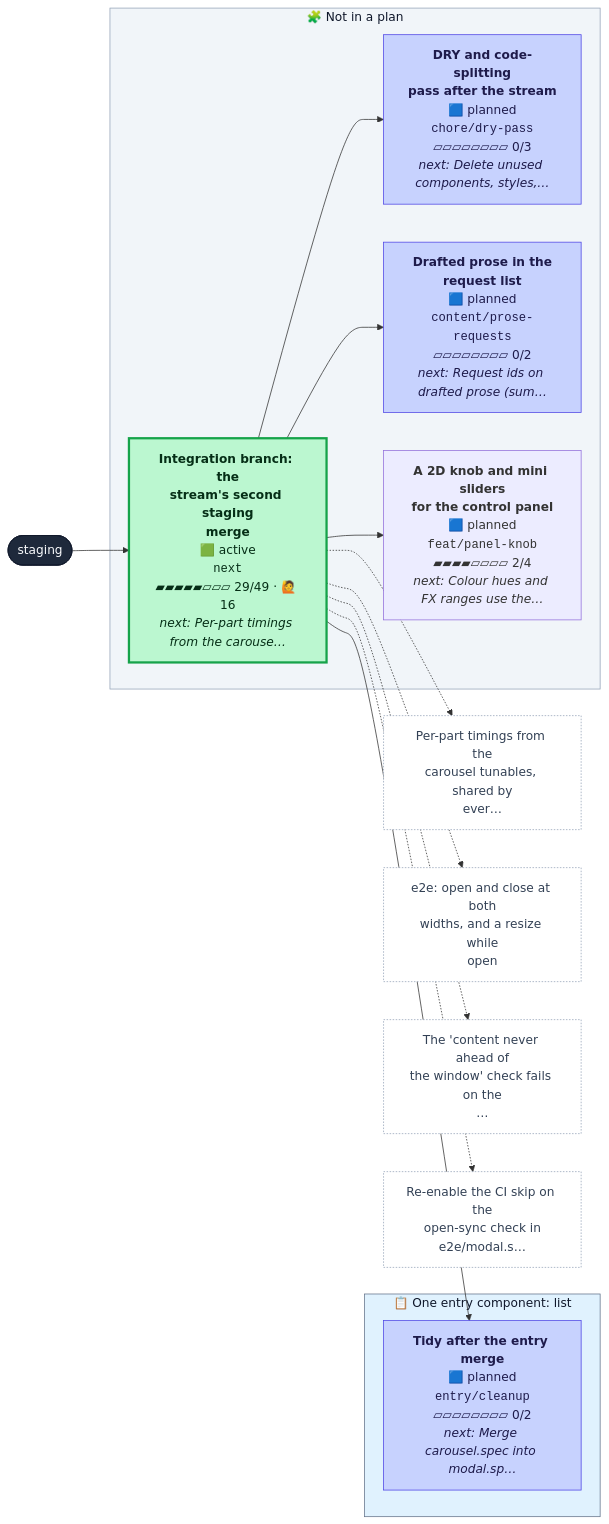
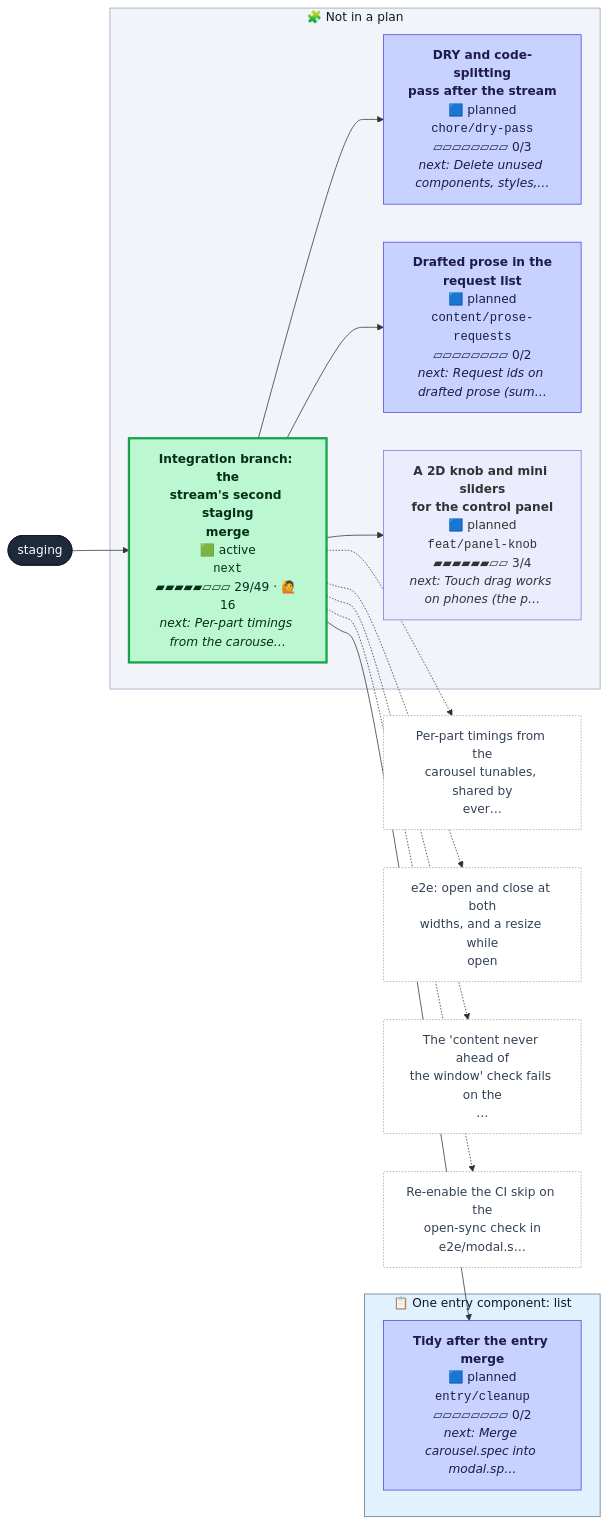
Before and after one commit to henryjonescodes/portfolio: the first of 2 diagrams in CONTRIBUTING.md, drawn with Mermaid. The commit also changed other lines of this file, not shown here.

````diff
--- a/CONTRIBUTING.md
+++ b/CONTRIBUTING.md
@@ -16,47 +16,47 @@
 ```mermaid
 flowchart LR
   n_staging([staging])
   class n_staging trunk
   subgraph plan_0["📋 One entry component: list"]
     n_entry_cleanup["<b>Tidy after the entry merge</b><br/>🟦 planned<br/><code>entry/cleanup</code><br/>▱▱▱▱▱▱▱▱ 0/2<br/><i>next: Merge carousel.spec into modal.sp…</i>"]
     class n_entry_cleanup planned
   end
   style plan_0 fill:#e0f2fe,stroke:#64748b,color:#0f172a
   subgraph loose["🧩 Not in a plan"]
     n_chore_dry_pass["<b>DRY and code-splitting<br/>pass after the stream</b><br/>🟦 planned<br/><code>chore/dry-pass</code><br/>▱▱▱▱▱▱▱▱ 0/3<br/><i>next: Delete unused components, styles,…</i>"]
     class n_chore_dry_pass planned
     n_content_prose_requests["<b>Drafted prose in the<br/>request list</b><br/>🟦 planned<br/><code>content/prose-requests</code><br/>▱▱▱▱▱▱▱▱ 0/2<br/><i>next: Request ids on drafted prose (sum…</i>"]
     class n_content_prose_requests planned
-    n_feat_panel_knob["<b>A 2D knob and mini sliders<br/>for the control panel</b><br/>🟦 planned<br/><code>feat/panel-knob</code><br/>▰▰▰▰▱▱▱▱ 2/4<br/><i>next: Colour hues and FX ranges use the…</i>"]
+    n_feat_panel_knob["<b>A 2D knob and mini sliders<br/>for the control panel</b><br/>🟦 planned<br/><code>feat/panel-knob</code><br/>▰▰▰▰▰▰▱▱ 3/4<br/><i>next: Touch drag works on phones (the p…</i>"]
     class n_feat_panel_knob planned,current
     n_next["<b>Integration branch: the<br/>stream's second staging<br/>merge</b><br/>🟩 active<br/><code>next</code><br/>▰▰▰▰▰▱▱▱ 29/49 · 🙋 16<br/><i>next: Per-part timings from the carouse…</i>"]
     class n_next active
   end
   style loose fill:#f1f5f9,stroke:#94a3b8,color:#0f172a
   n_next --> n_chore_dry_pass
   n_next --> n_content_prose_requests
   n_next --> n_entry_cleanup
   n_next --> n_feat_panel_knob
   n_staging --> n_next
   n_next_t0["Per-part timings from the<br/>carousel tunables, shared by<br/>ever…"]
   class n_next_t0 todo
   n_next -.-> n_next_t0
   n_next_t1["e2e: open and close at both<br/>widths, and a resize while<br/>open"]
   class n_next_t1 todo
   n_next -.-> n_next_t1
   n_next_t2["The 'content never ahead of<br/>the window' check fails on the<br/>…"]
   class n_next_t2 todo
   n_next -.-> n_next_t2
   n_next_t3["Re-enable the CI skip on the<br/>open-sync check in<br/>e2e/modal.s…"]
   class n_next_t3 todo
   n_next -.-> n_next_t3
   classDef merged fill:#dcfce7,stroke:#16a34a,color:#052e16
   classDef todo fill:#ffffff,stroke:#94a3b8,stroke-dasharray:2 2,color:#334155
   classDef planned fill:#c7d2fe,stroke:#4f46e5,color:#1e1b4b
   classDef sketched fill:#f8fafc,stroke:#64748b,stroke-dasharray:4 3,color:#334155
   classDef active fill:#bbf7d0,stroke:#16a34a,stroke-width:3px,color:#052e16
   classDef review fill:#fde68a,stroke:#d97706,stroke-width:3px,color:#451a03
   classDef blocked fill:#fecaca,stroke:#dc2626,stroke-width:3px,color:#450a0a
   classDef trunk fill:#1e293b,stroke:#0f172a,color:#f8fafc
   classDef current stroke:#0ea5e9,stroke-width:5px
 ```
````
